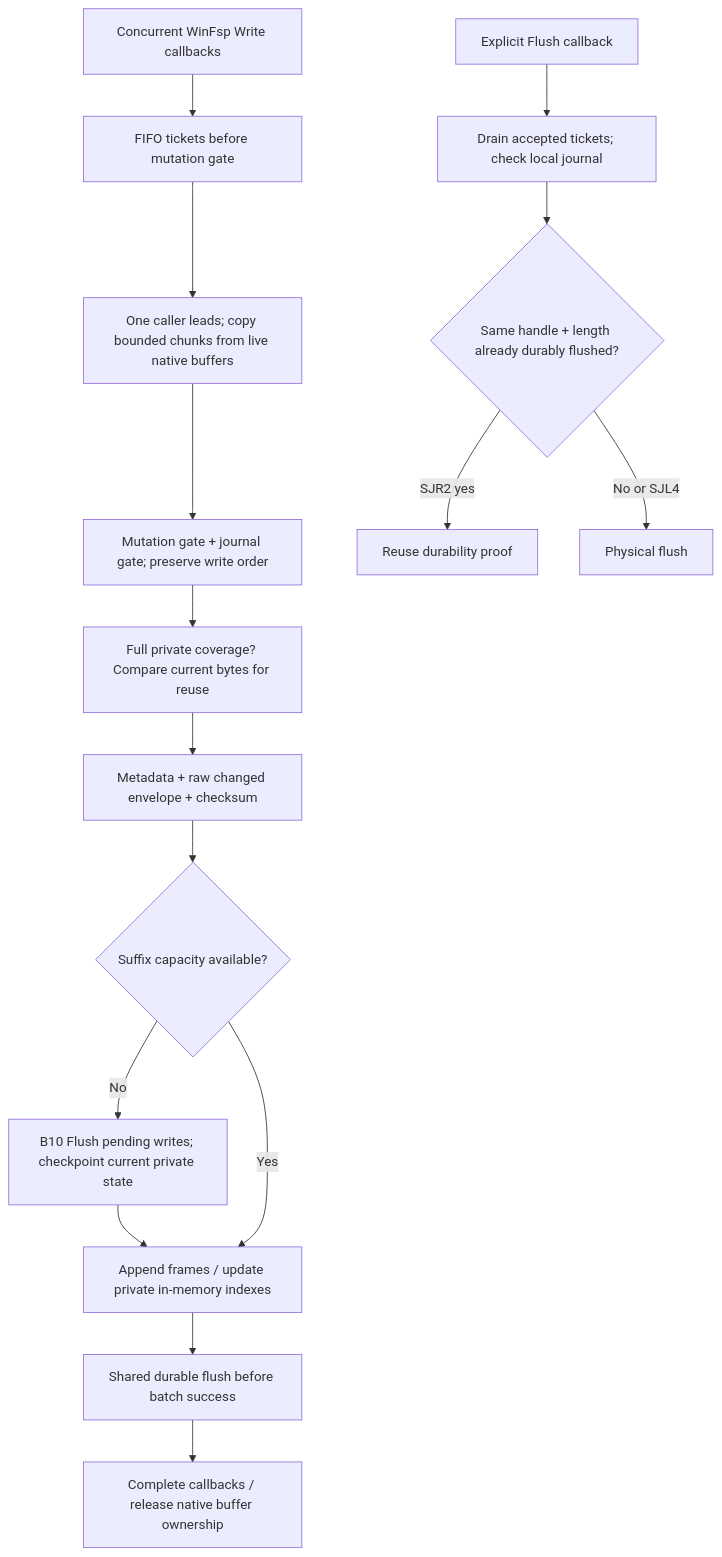
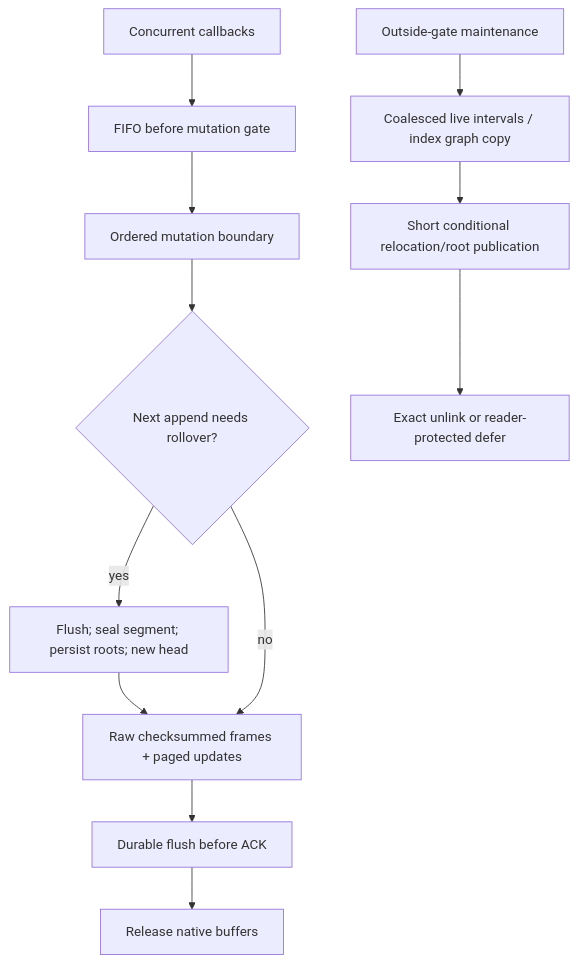
Before and after one commit to olivecrow/splinter: the fourth of 6 diagrams in docs/lifecycle-optimization-map.md, drawn with Mermaid. The commit also changed other lines of this file and 391 other files, not shown here.

First line of the commit message:
feat(storage): add scalable metadata and bounded throughput paths

````diff
--- a/docs/lifecycle-optimization-map.md
+++ b/docs/lifecycle-optimization-map.md
@@ -204,18 +127,11 @@
 ```mermaid
 flowchart TD
-  Callback["Concurrent WinFsp Write callbacks"] --> Queue["FIFO tickets before mutation gate"]
-  Queue --> Leader["One caller leads; copy bounded chunks from live native buffers"]
-  Leader --> Gate["Mutation gate + journal gate; preserve write order"]
-  Gate --> Compare["Full private coverage? Compare current bytes for reuse"]
-  Compare --> Frame["Metadata + raw changed envelope + checksum"]
-  Frame --> Limit{"Suffix capacity available?"}
-  Limit -->|No| B10["B10 Flush pending writes; checkpoint current private state"]
-  B10 --> Append["Append frames / update private in-memory indexes"]
-  Limit -->|Yes| Append
-  Append --> Durable["Shared durable flush before batch success"]
-  Durable --> Ack["Complete callbacks / release native buffer ownership"]
-  Explicit["Explicit Flush callback"] --> Drain["Drain accepted tickets; check local journal"]
-  Drain --> Clean{"Same handle + length already durably flushed?"}
-  Clean -->|SJR2 yes| Reuse["Reuse durability proof"]
-  Clean -->|No or SJL4| Flush["Physical flush"]
+  Callback["Concurrent callbacks"] --> FIFO["FIFO before mutation gate"] --> Gate["Ordered mutation boundary"]
+  Gate --> Roll{"Next append needs rollover?"}
+  Roll -->|yes| B10["Flush; seal segment; persist roots; new head"]
+  B10 --> Append["Raw checksummed frames + paged updates"]
+  Roll -->|no| Append
+  Append --> Flush["Durable flush before ACK"] --> Ack["Release native buffers"]
+  Maintain["Outside-gate maintenance"] --> Copy["Coalesced live intervals / index graph copy"]
+  Copy --> Conditional["Short conditional relocation/root publication"] --> Deferred["Exact unlink or reader-protected defer"]
 ```
````
